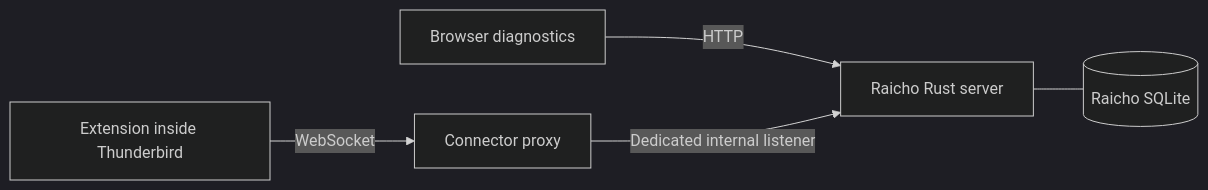
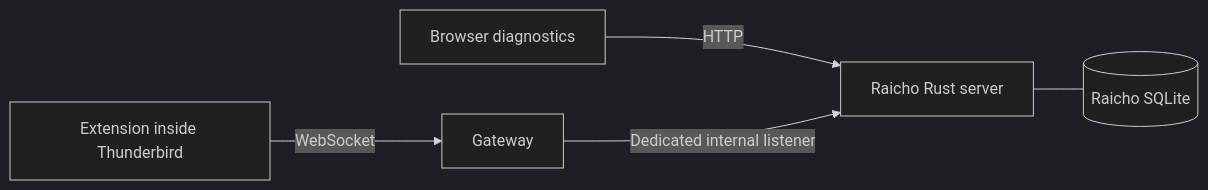
One commit to woswos/raicho changed the diagram in docs/planning/active/20261018-foundation-stage-two-connector.md. Above: the diagram before and after it, drawn with Mermaid (dark theme). The commit also changed other lines of this file and 3 other files, not shown here.

````diff
--- a/docs/planning/active/20261018-foundation-stage-two-connector.md
+++ b/docs/planning/active/20261018-foundation-stage-two-connector.md
@@ -52,7 +58,7 @@
 ```mermaid
 flowchart LR
     Browser[Browser diagnostics] -->|HTTP| Server[Raicho Rust server]
-    Extension[Extension inside Thunderbird] -->|WebSocket| Proxy[Connector proxy]
-    Proxy -->|Dedicated internal listener| Server
+    Extension[Extension inside Thunderbird] -->|WebSocket| Gateway[Gateway]
+    Gateway -->|Dedicated internal listener| Server
     Server --- Database[(Raicho SQLite)]
 ```
````
